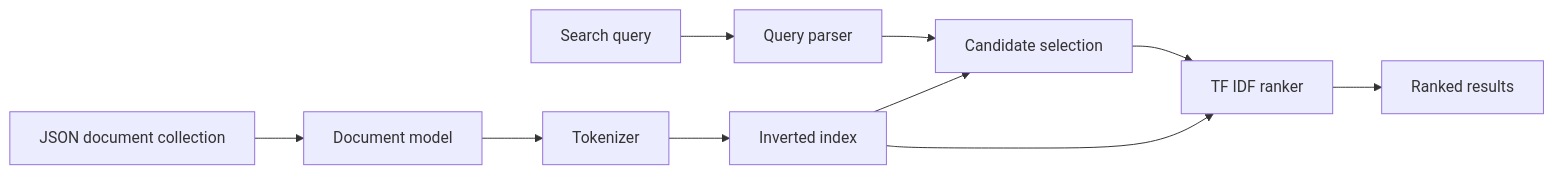
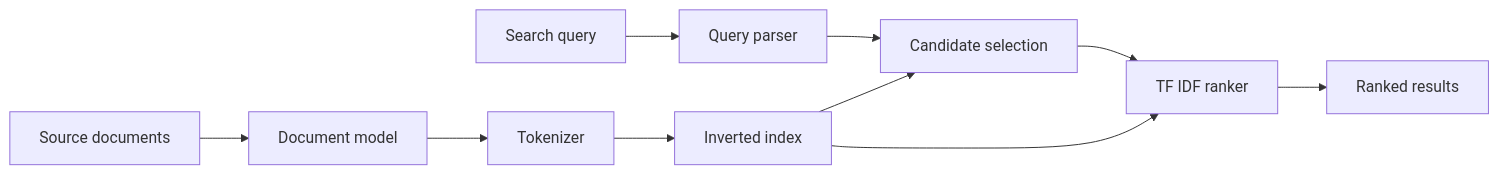
The diagram in README.md (MugdhoAI/search-engine), drawn with Mermaid before and after one commit. The commit also changed other lines of this file, not shown here.

Commit message:
docs: document web app and upload limits

````diff
--- a/README.md
+++ b/README.md
@@ -35,12 +35,12 @@
 ```mermaid
 flowchart LR
-    A[JSON document collection] --> B[Document model]
+    A[Source documents] --> B[Document model]
     B --> C[Tokenizer]
     C --> D[Inverted index]
     E[Search query] --> F[Query parser]
     F --> G[Candidate selection]
     D --> G
     G --> H[TF IDF ranker]
     D --> H
     H --> I[Ranked results]
 ```
````
